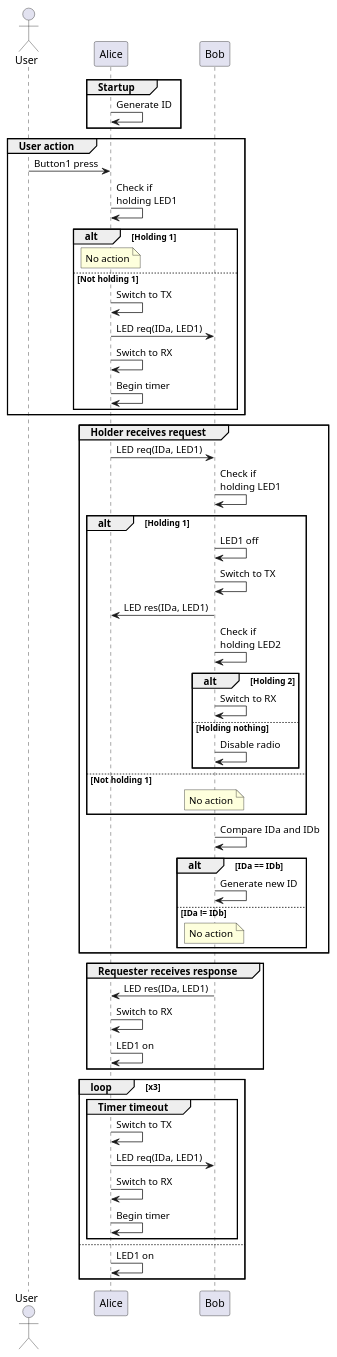
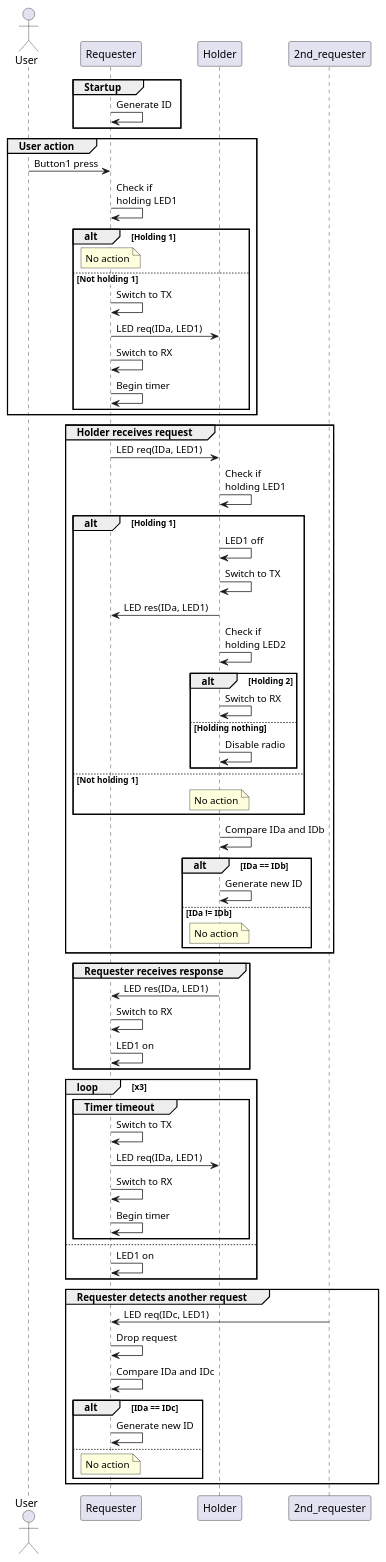
The diagram in sequence-diagrams.puml (Beanspoon/pass_led), drawn with PlantUML before and after one commit. The commit also changed 1 other file, not shown here.

Commit message:
Add sequence for detecting another request for the same LED

```diff
--- a/sequence-diagrams.puml
+++ b/sequence-diagrams.puml
@@ -1,75 +1,89 @@
 @startuml sequence-diagram
 
 actor User
-participant Alice as a
-participant Bob as b
+participant Requester as a
+participant Holder as b
+participant 2nd_requester as c
 
 group Startup
     a -> a: Generate ID
 end
 
 group User action
     User -> a: Button1 press
     a -> a: Check if\nholding LED1
 
     alt Holding 1
         note over a: No action
     else Not holding 1
         a -> a: Switch to TX
         a -> b: LED req(IDa, LED1)
         a -> a: Switch to RX
         a -> a: Begin timer
     end
 
 end
 
 group Holder receives request
     a -> b: LED req(IDa, LED1)
     b -> b: Check if\nholding LED1
 
     alt Holding 1
         b -> b: LED1 off
         b -> b: Switch to TX
         b -> a: LED res(IDa, LED1)
         b -> b: Check if\nholding LED2
 
         alt Holding 2
             b -> b: Switch to RX
         else Holding nothing
             b -> b: Disable radio
         end
 
     else Not holding 1
         note over b: No action
     end
 
     b -> b: Compare IDa and IDb
 
     alt IDa == IDb
         b -> b: Generate new ID
     else IDa != IDb
         note over b: No action
     end
 
 end
 
 group Requester receives response
     b -> a: LED res(IDa, LED1)
     a -> a: Switch to RX
     a -> a: LED1 on
 end
 
 loop x3
 
     group Timer timeout
         a -> a: Switch to TX
         a -> b: LED req(IDa, LED1)
         a -> a: Switch to RX
         a -> a: Begin timer
     end
 
 else
     a -> a: LED1 on
 end
 
+group Requester detects another request
+    c -> a: LED req(IDc, LED1)
+    a -> a: Drop request
+    a -> a: Compare IDa and IDc
+
+    alt IDa == IDc
+        a -> a: Generate new ID
+    else
+        note over a: No action
+    end
+
+end
+
 @enduml
```
